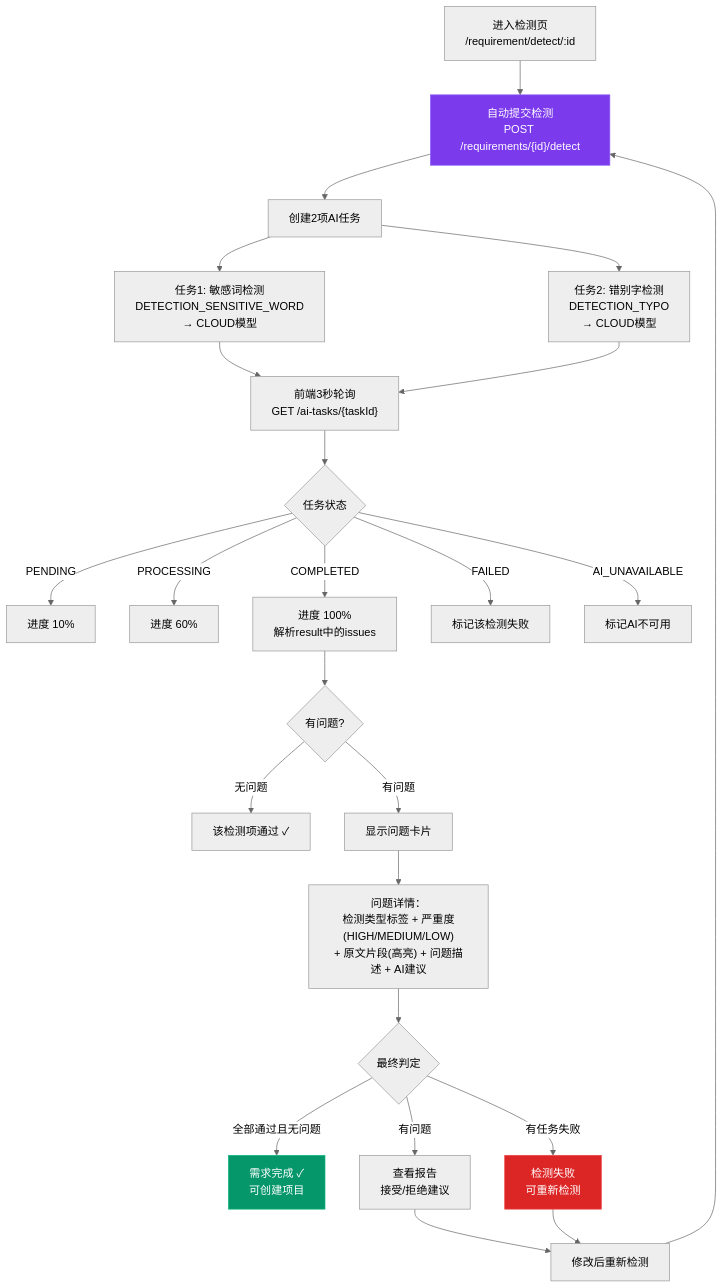
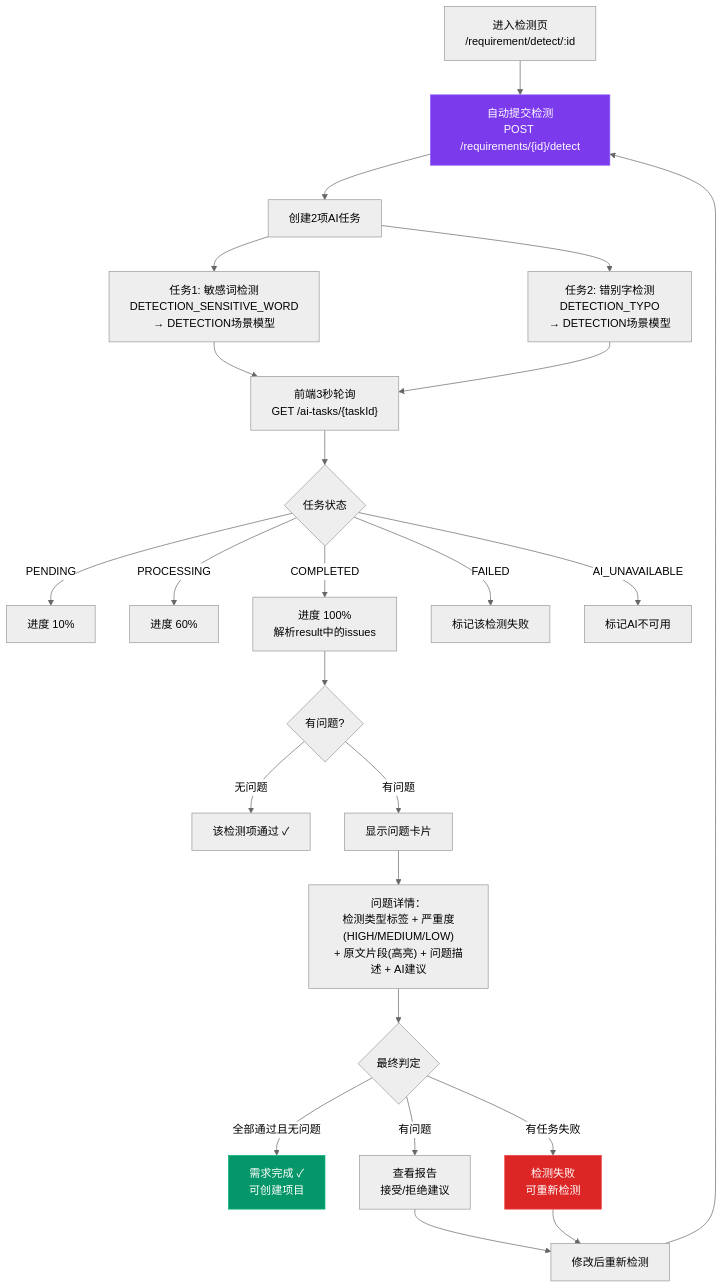
The eighth of 22 diagrams in docs/projects/业务需求编制到招标文件完成-业务流程梳理.md (DrunkFood/First), drawn with Mermaid (neutral theme) before and after one commit. The commit also changed other lines of this file and 3 other files, not shown here.

First line of the commit message:
docs(flow): 更新业务流程梳理文档对齐实际代码

````diff
--- a/docs/projects/业务需求编制到招标文件完成-业务流程梳理.md
+++ b/docs/projects/业务需求编制到招标文件完成-业务流程梳理.md
@@ -328,37 +328,37 @@
 ```mermaid
 flowchart TD
     A["进入检测页<br/>/requirement/detect/:id"] --> B["自动提交检测<br/>POST /requirements/{id}/detect"]
 
     B --> C["创建2项AI任务"]
-    C --> D1["任务1: 敏感词检测<br/>DETECTION_SENSITIVE_WORD<br/>→ CLOUD模型"]
-    C --> D2["任务2: 错别字检测<br/>DETECTION_TYPO<br/>→ CLOUD模型"]
+    C --> D1["任务1: 敏感词检测<br/>DETECTION_SENSITIVE_WORD<br/>→ DETECTION场景模型"]
+    C --> D2["任务2: 错别字检测<br/>DETECTION_TYPO<br/>→ DETECTION场景模型"]
 
     D1 --> E["前端3秒轮询<br/>GET /ai-tasks/{taskId}"]
     D2 --> E
 
     E --> F{任务状态}
     F -->|PENDING| G["进度 10%"]
     F -->|PROCESSING| H["进度 60%"]
     F -->|COMPLETED| I["进度 100%<br/>解析result中的issues"]
     F -->|FAILED| J["标记该检测失败"]
     F -->|AI_UNAVAILABLE| K["标记AI不可用"]
 
     I --> L{有问题?}
     L -->|无问题| M["该检测项通过 ✓"]
     L -->|有问题| N["显示问题卡片"]
 
     N --> O["问题详情：<br/>检测类型标签 + 严重度(HIGH/MEDIUM/LOW)<br/>+ 原文片段(高亮) + 问题描述 + AI建议"]
 
     O --> P{最终判定}
     P -->|全部通过且无问题| Q["需求完成 ✓<br/>可创建项目"]
     P -->|有问题| R["查看报告<br/>接受/拒绝建议"]
     P -->|有任务失败| S["检测失败<br/>可重新检测"]
 
     R --> T["修改后重新检测"]
     S --> T
     T --> B
 
     style B fill:#7c3aed,stroke:#8b5cf6,color:#fff
     style Q fill:#059669,stroke:#10b981,color:#fff
     style S fill:#dc2626,stroke:#ef4444,color:#fff
 ```
````
